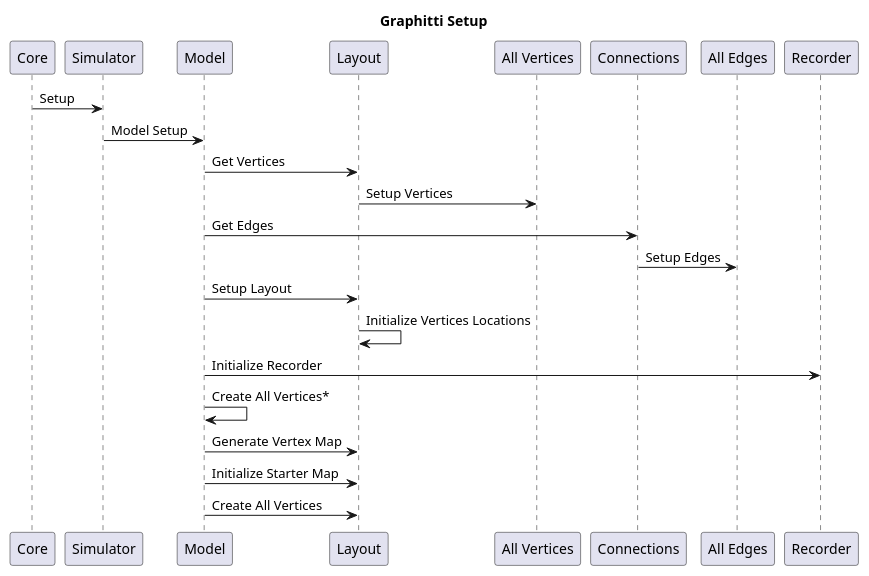
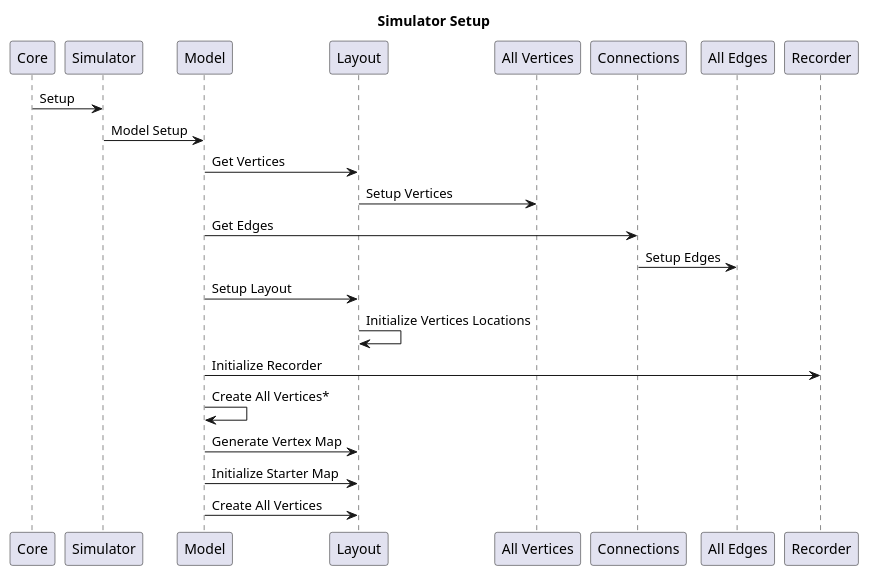
Before and after one commit to UWB-Biocomputing/Graphitti: the diagram in docs/Developer/SequenceDiagrams/simulatorSetup.puml, drawn with PlantUML.

```diff
--- a/docs/Developer/SequenceDiagrams/simulatorSetup.puml
+++ b/docs/Developer/SequenceDiagrams/simulatorSetup.puml
@@ -1,19 +1,19 @@
-@startuml graphitti setup
+@startuml simulatorSetup
 
-title Graphitti Setup
+title Simulator Setup
 
 Core -> Simulator: Setup 
 Simulator -> Model: Model Setup
 Model -> Layout: Get Vertices 
 Layout -> "All Vertices": Setup Vertices
 Model -> Connections: Get Edges
 Connections -> "All Edges": Setup Edges
 Model -> Layout: Setup Layout
 Layout -> Layout: Initialize Vertices Locations
 Model -> Recorder: Initialize Recorder 
 Model -> Model: Create All Vertices*
 Model -> Layout: Generate Vertex Map 
 Model -> Layout: Initialize Starter Map 
 Model -> Layout: Create All Vertices
 
 @enduml
```
